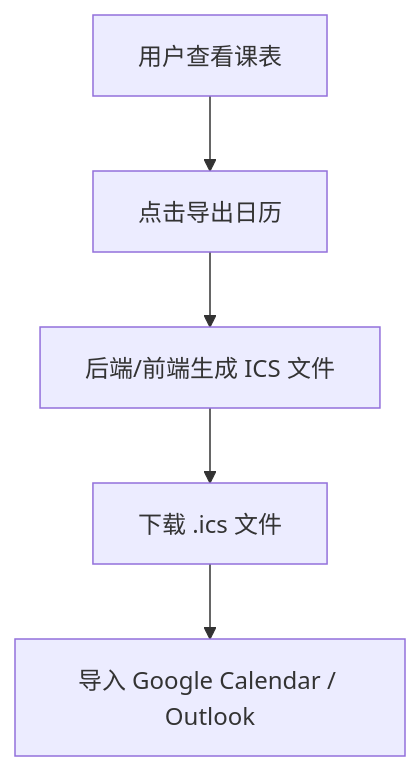
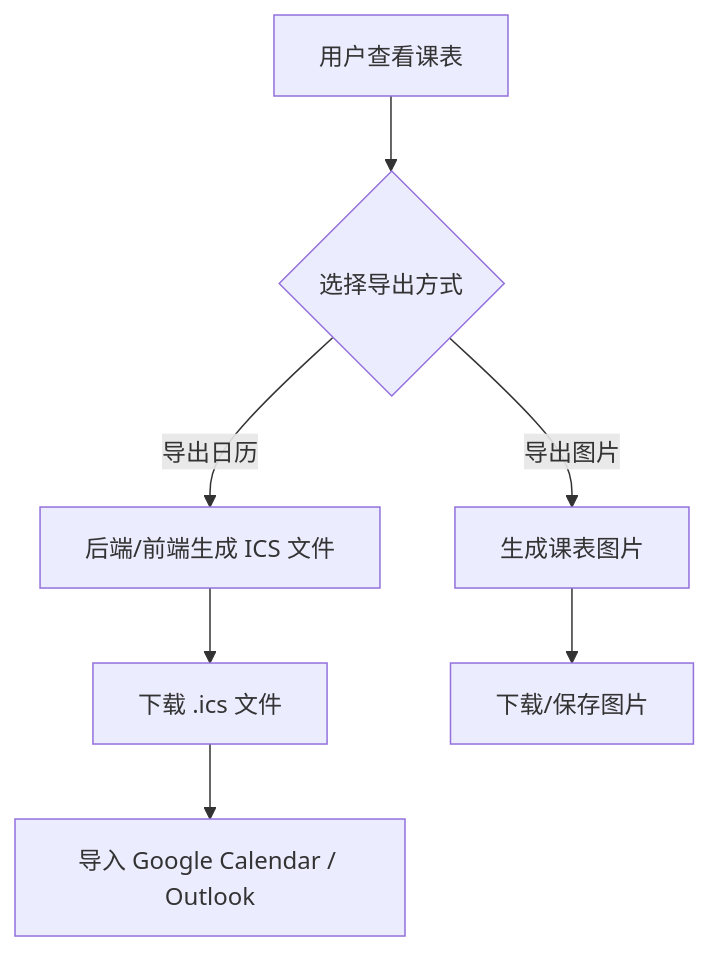
Before and after one commit to ECNU-minus/Hydrangea: the second of 3 diagrams in docs/PRD.md, drawn with Mermaid. The commit also changed other lines of this file, not shown here.

````diff
--- a/docs/PRD.md
+++ b/docs/PRD.md
@@ -103,7 +124,9 @@
 ```mermaid
 flowchart TD
-    A[用户查看课表] --> B[点击导出日历]
-    B --> C[后端/前端生成 ICS 文件]
+    A[用户查看课表] --> B{选择导出方式}
+    B -- 导出日历 --> C[后端/前端生成 ICS 文件]
     C --> D[下载 .ics 文件]
     D --> E[导入 Google Calendar / Outlook]
+    B -- 导出图片 --> F[生成课表图片]
+    F --> G[下载/保存图片]
 ```
````
